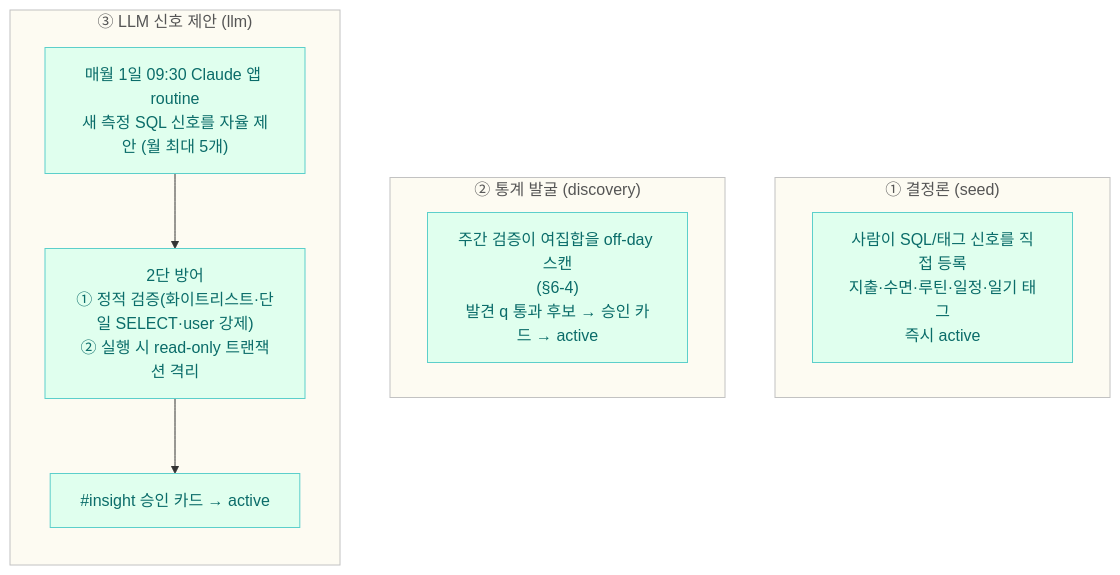
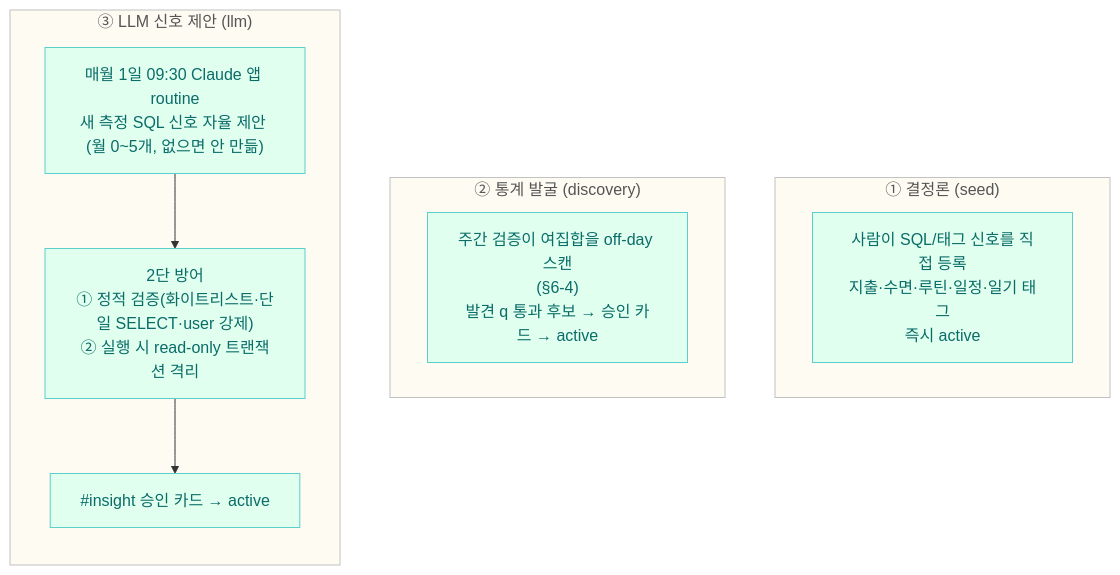
The seventh of 8 diagrams in docs/explainers/insight-v2.md (hyewon3938/slack-ai-agents), drawn with Mermaid before and after one commit. The commit also changed other lines of this file, not shown here.

````diff
--- a/docs/explainers/insight-v2.md
+++ b/docs/explainers/insight-v2.md
@@ -366,23 +366,23 @@
 ```mermaid
 flowchart TB
   subgraph DET["① 결정론 (seed)"]
     DET1["사람이 SQL/태그 신호를 직접 등록<br/>지출·수면·루틴·일정·일기 태그<br/>즉시 active"]
   end
 
   subgraph DISC["② 통계 발굴 (discovery)"]
     DISC1["주간 검증이 여집합을 off-day 스캔<br/>(§6-4)<br/>발견 q 통과 후보 → 승인 카드 → active"]
   end
 
   subgraph LLM["③ LLM 신호 제안 (llm)"]
     direction TB
-    L1["매월 1일 09:30 Claude 앱 routine<br/>새 측정 SQL 신호를 자율 제안 (월 최대 5개)"]
+    L1["매월 1일 09:30 Claude 앱 routine<br/>새 측정 SQL 신호 자율 제안 (월 0~5개, 없으면 안 만듦)"]
     L2["2단 방어<br/>① 정적 검증(화이트리스트·단일 SELECT·user 강제)<br/>② 실행 시 read-only 트랜잭션 격리"]
     L3["#insight 승인 카드 → active"]
     L1 --> L2 --> L3
   end
 
   classDef groupBox fill:#FDFBF2,stroke:#C2C2C2,color:#555555
   classDef signalBox fill:#E0FFEE,stroke:#5CCFCB,color:#0A6C69
   class DET,DISC,LLM groupBox
   class DET1,DISC1,L1,L2,L3 signalBox
 ```
````
